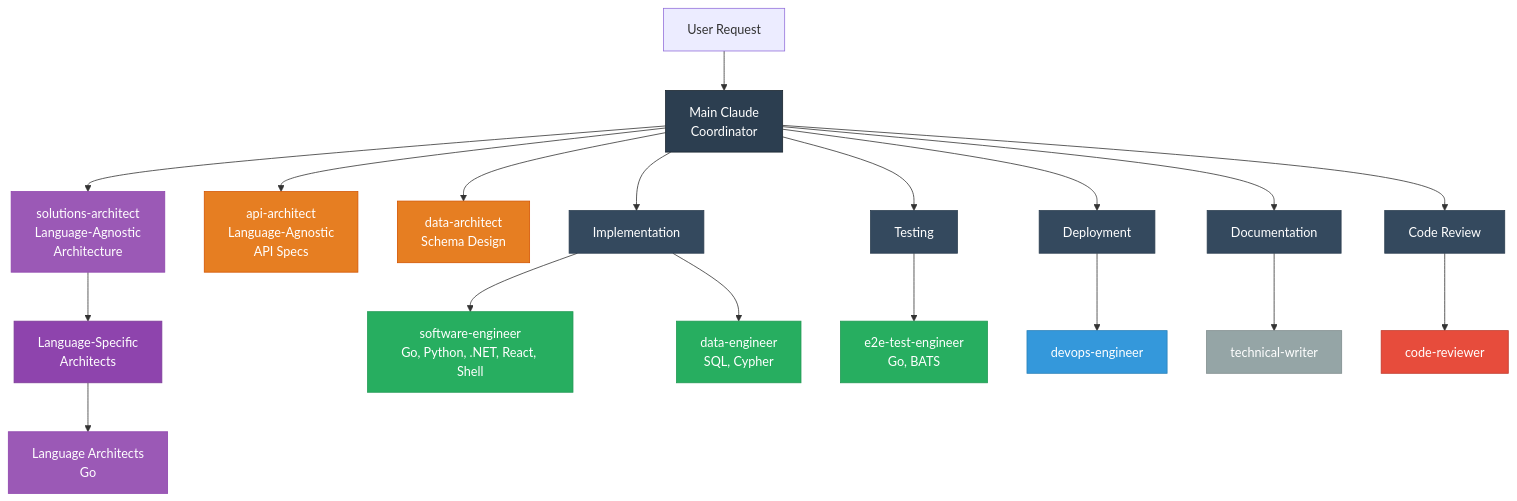
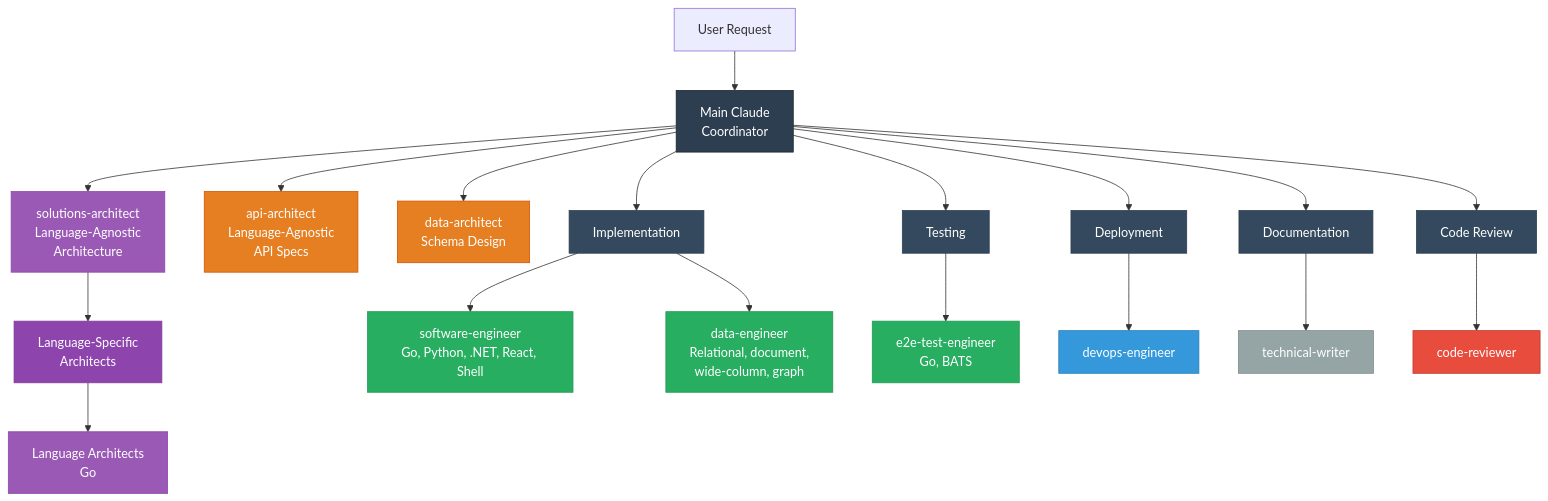
Before and after one commit to twistingmercury/agents-skills: the first of 9 diagrams in claude/agents/ABOUT-THE-AGENTS.md, drawn with Mermaid. The commit also changed other lines of this file and 7 other files, not shown here.

First line of the commit message:
agents: make the data architect and data engineer database-agnostic

````diff
--- a/claude/agents/ABOUT-THE-AGENTS.md
+++ b/claude/agents/ABOUT-THE-AGENTS.md
@@ -17,44 +17,44 @@
 ```mermaid
 graph TD
 User[User Request] --> Main[Main Claude<br/>Coordinator]
 
     Main --> SoftArch[solutions-architect<br/>Language-Agnostic<br/>Architecture]
 
     SoftArch --> LangArch[Language-Specific<br/>Architects]
 
     LangArch --> LangSpecArch[Language Architects<br/>Go]
 
     Main --> APIArch[api-architect<br/>Language-Agnostic<br/>API Specs]
     Main --> DataArch[data-architect<br/>Schema Design]
     Main --> Impl[Implementation]
     Main --> Test[Testing]
     Main --> DevOps[Deployment]
     Main --> Doc[Documentation]
     Main --> Review[Code Review]
 
     Impl --> SoftEng[software-engineer<br/>Go, Python, .NET, React, Shell]
-    Impl --> DataEng[data-engineer<br/>SQL, Cypher]
+    Impl --> DataEng[data-engineer<br/>Relational, document,<br/>wide-column, graph]
     Test --> E2EEng[e2e-test-engineer<br/>Go, BATS]
     DevOps --> DevOpsEng[devops-engineer]
     Doc --> DocEng[technical-writer]
     Review --> CodeReview[code-reviewer]
 
     style Main fill:#2c3e50,stroke:#1a252f,color:#fff
     style SoftArch fill:#9b59b6,stroke:#8e44ad,color:#fff
     style LangArch fill:#8e44ad,stroke:#7d3c98,color:#fff
     style LangSpecArch fill:#9b59b6,stroke:#8e44ad,color:#fff
     style APIArch fill:#e67e22,stroke:#d35400,color:#fff
     style SoftEng fill:#27ae60,stroke:#229954,color:#fff
     style E2EEng fill:#27ae60,stroke:#229954,color:#fff
     style DevOpsEng fill:#3498db,stroke:#2980b9,color:#fff
     style DocEng fill:#95a5a6,stroke:#7f8c8d,color:#fff
     style DataArch fill:#e67e22,stroke:#d35400,color:#fff
     style DataEng fill:#27ae60,stroke:#229954,color:#fff
     style CodeReview fill:#e74c3c,stroke:#c0392b,color:#fff
     style Impl fill:#34495e,stroke:#2c3e50,color:#fff
     style Test fill:#34495e,stroke:#2c3e50,color:#fff
     style DevOps fill:#34495e,stroke:#2c3e50,color:#fff
     style Doc fill:#34495e,stroke:#2c3e50,color:#fff
     style Review fill:#34495e,stroke:#2c3e50,color:#fff
 
 ```
````
